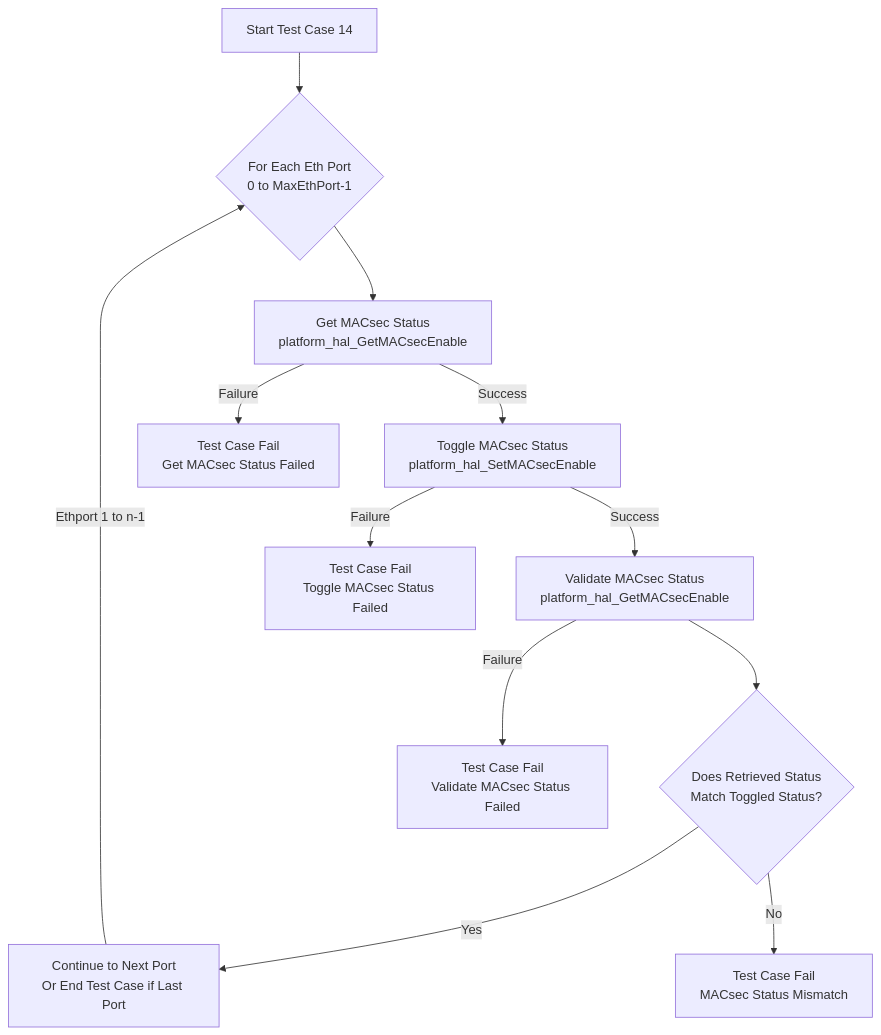
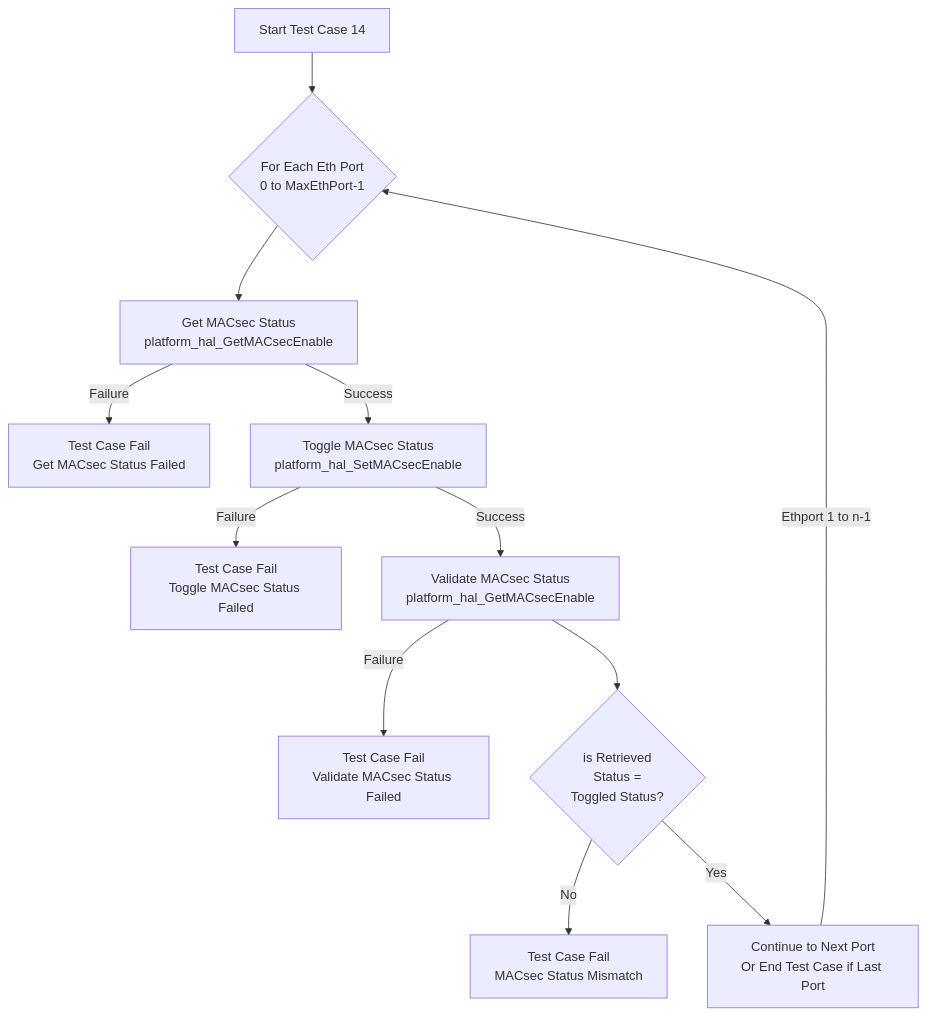
Diagram 14 of 14 in docs/pages/platform_hal_mermaid.md (rdkcentral/rdkb-halif-test-platform), drawn with Mermaid before and after one commit. The commit also changed other lines of this file, not shown here.

Commit message:
Develop platform hal L2 test suite Modified the mermaid file for L2 testcases

````diff
--- a/docs/pages/platform_hal_mermaid.md
+++ b/docs/pages/platform_hal_mermaid.md
@@ -192,14 +192,14 @@
 ```mermaid
 flowchart TD
     A[Start Test Case 14] --> B{For Each Eth Port <br> 0 to MaxEthPort-1}
     B --> C[Get MACsec Status<br>platform_hal_GetMACsecEnable]
+    C -->|Failure| X[Test Case Fail<br>Get MACsec Status Failed]
     C -->|Success| D[Toggle MACsec Status<br>platform_hal_SetMACsecEnable]
-    C -->|Failure| X[Test Case Fail<br>Get MACsec Status Failed]
+    D -->|Failure| Y[Test Case Fail<br>Toggle MACsec Status Failed]
     D -->|Success| E[Validate MACsec Status<br>platform_hal_GetMACsecEnable]
-    D -->|Failure| Y[Test Case Fail<br>Toggle MACsec Status Failed]
-    E --> F{Does Retrieved Status <br> Match Toggled Status?}
     E -->|Failure| Z[Test Case Fail<br>Validate MACsec Status Failed]
+    E --> F{is Retrieved <br> Status = <br> Toggled Status?}
+    F -->|No| H[Test Case Fail<br>MACsec Status Mismatch]
     F -->|Yes| G[Continue to Next Port<br>Or End Test Case if Last Port]
     G --Ethport 1 to n-1 -->B
-    F -->|No| H[Test Case Fail<br>MACsec Status Mismatch]
 ```
````
